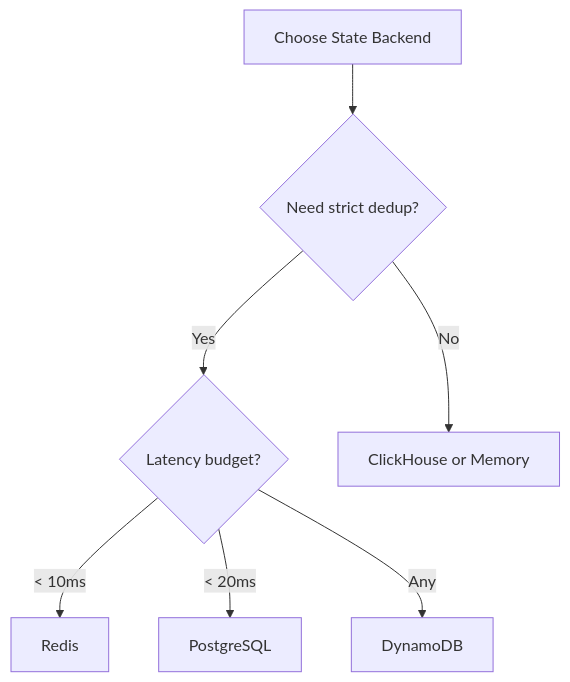
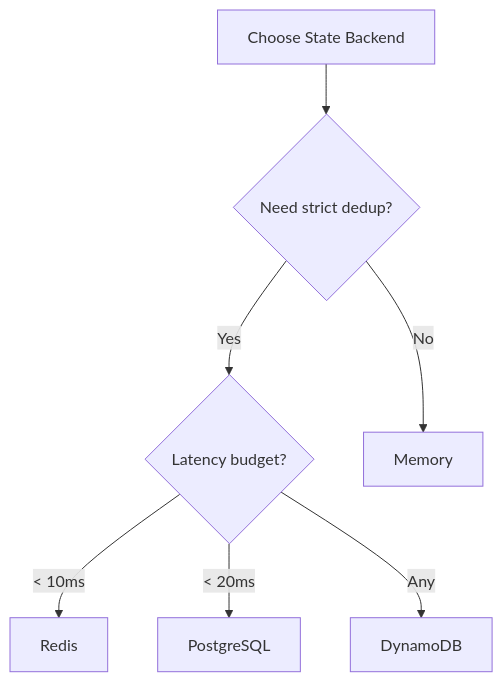
Before and after one commit to penserai/acteon: the diagram in docs/book/reference/performance.md, drawn with Mermaid. The commit also changed other lines of this file and 33 other files, not shown here.

````diff
--- a/docs/book/reference/performance.md
+++ b/docs/book/reference/performance.md
@@ -34,9 +32,9 @@
 ```mermaid
 flowchart TD
     A[Choose State Backend] --> B{Need strict dedup?}
     B -->|Yes| C{Latency budget?}
-    B -->|No| D[ClickHouse or Memory]
+    B -->|No| D[Memory]
     C -->|< 10ms| E[Redis]
     C -->|< 20ms| F[PostgreSQL]
     C -->|Any| G[DynamoDB]
 ```
````
